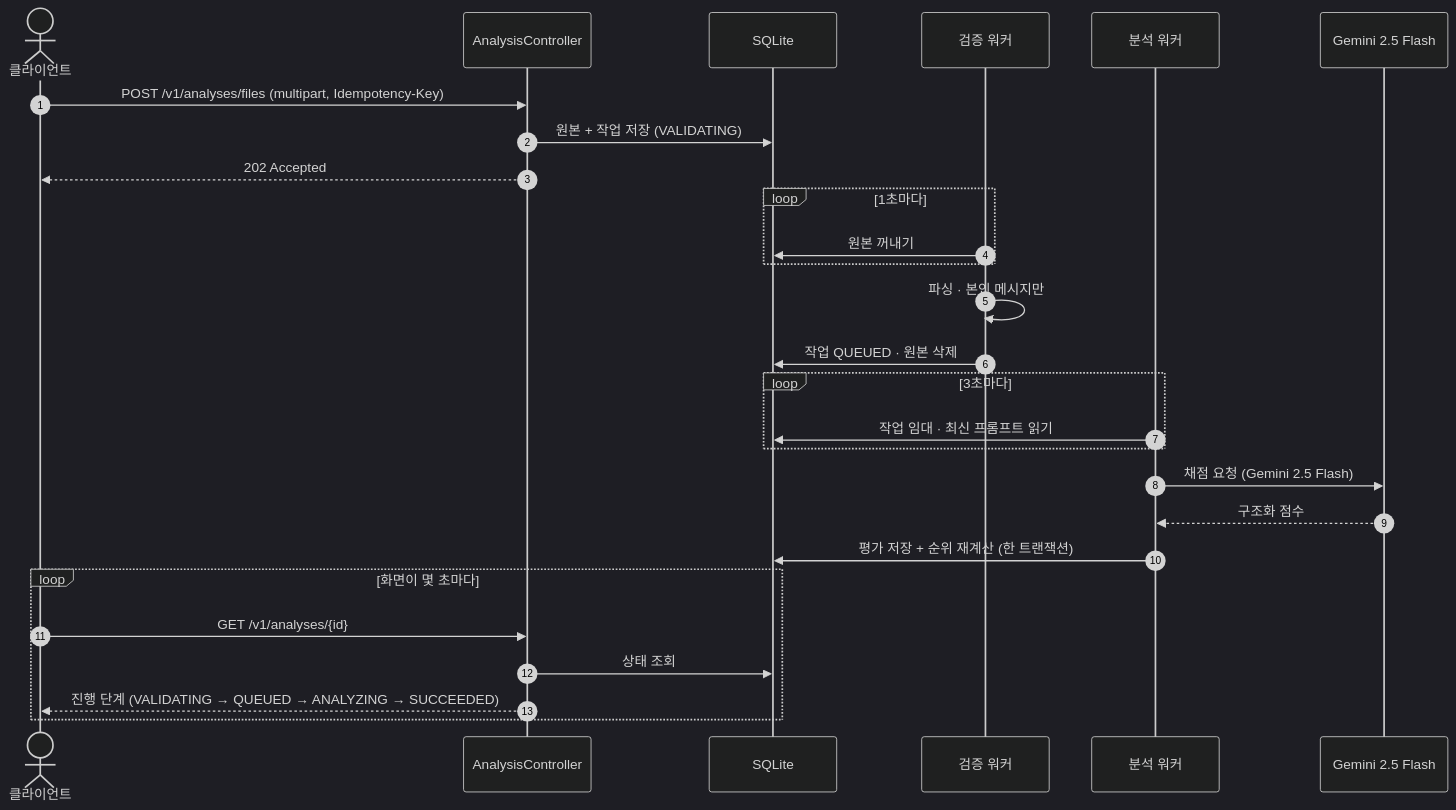
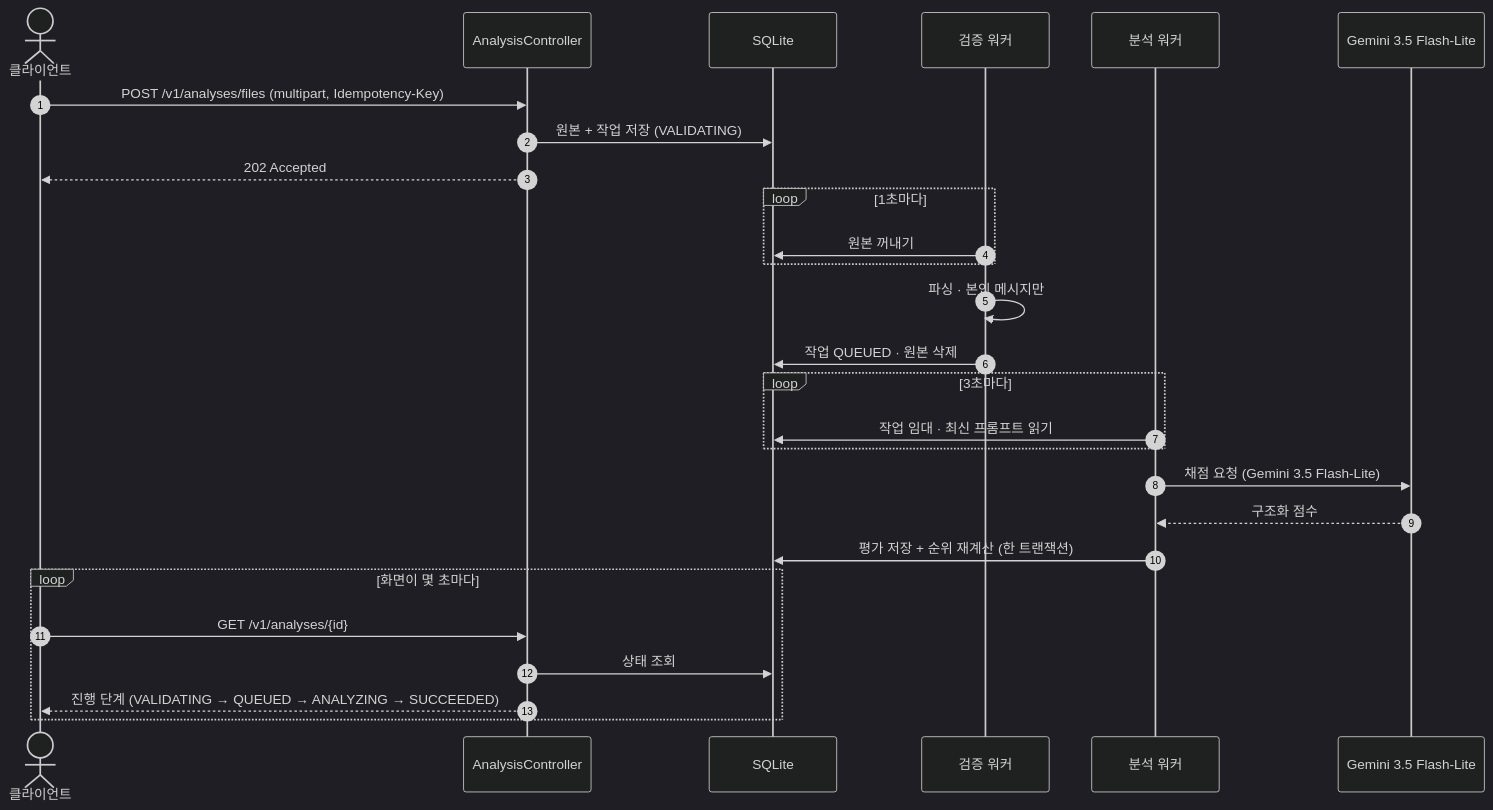
The diagram in backend/README.md (yooni9ue/santacut), drawn with Mermaid (dark theme) before and after one commit. The commit also changed other lines of this file and 8 other files, not shown here.

First line of the commit message:
fix(analysis): 새 사용자에게 막힌 Gemini 2.5 Flash 대신 3.5 Flash-Lite로 채점한다

````diff
--- a/backend/README.md
+++ b/backend/README.md
@@ -92,29 +92,29 @@
 ```mermaid
 sequenceDiagram
     autonumber
     actor C as 클라이언트
     participant API as AnalysisController
     participant DB as SQLite
     participant V as 검증 워커
     participant W as 분석 워커
-    participant AI as Gemini 2.5 Flash
+    participant AI as Gemini 3.5 Flash-Lite
     C->>API: POST /v1/analyses/files (multipart, Idempotency-Key)
     API->>DB: 원본 + 작업 저장 (VALIDATING)
     API-->>C: 202 Accepted
     loop 1초마다
         V->>DB: 원본 꺼내기
     end
     V->>V: 파싱 · 본인 메시지만
     V->>DB: 작업 QUEUED · 원본 삭제
     loop 3초마다
         W->>DB: 작업 임대 · 최신 프롬프트 읽기
     end
-    W->>AI: 채점 요청 (Gemini 2.5 Flash)
+    W->>AI: 채점 요청 (Gemini 3.5 Flash-Lite)
     AI-->>W: 구조화 점수
     W->>DB: 평가 저장 + 순위 재계산 (한 트랜잭션)
     loop 화면이 몇 초마다
         C->>API: GET /v1/analyses/{id}
         API->>DB: 상태 조회
         API-->>C: 진행 단계 (VALIDATING → QUEUED → ANALYZING → SUCCEEDED)
     end
 ```
````
